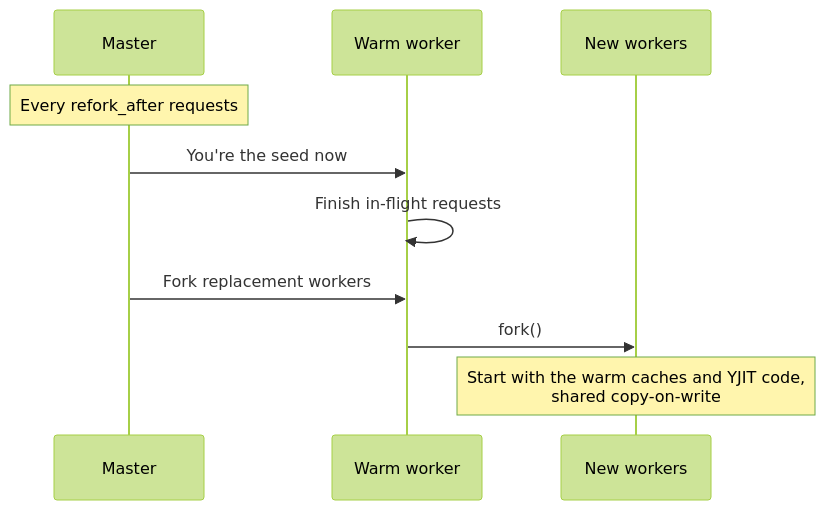
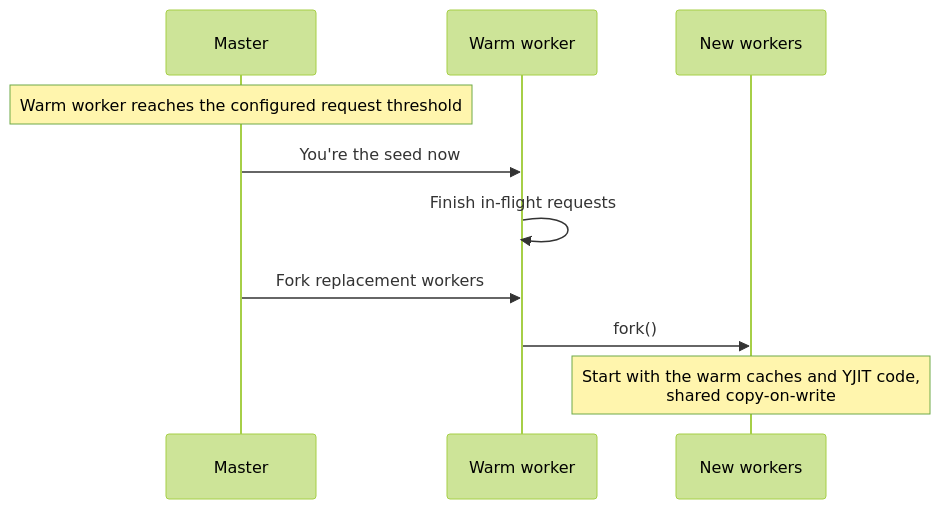
Before and after one commit to joshuay03/raptor: diagram 16 of 18 in docs/talk.md, drawn with Mermaid (forest theme). The commit also changed other lines of this file and 3 other files, not shown here.

````diff
--- a/docs/talk.md
+++ b/docs/talk.md
@@ -971,13 +976,13 @@
 ```mermaid
 sequenceDiagram
     participant M as Master
     participant W as Warm worker
     participant N as New workers
 
-    Note over M: Every refork_after requests
+    Note over M: Warm worker reaches the configured request threshold
     M->>W: You're the seed now
     W->>W: Finish in-flight requests
     M->>W: Fork replacement workers
     W->>N: fork()
     Note over N: Start with the warm caches and YJIT code,<br/>shared copy-on-write
 ```
````
